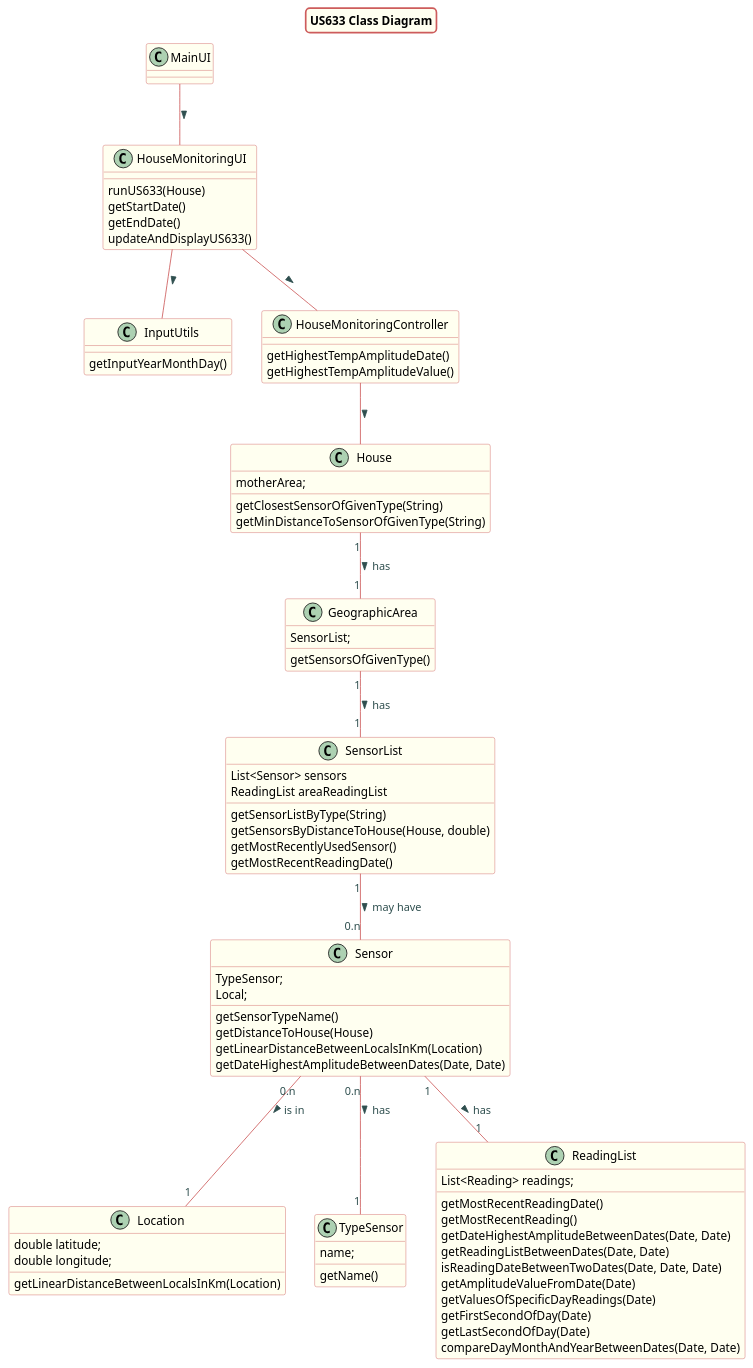
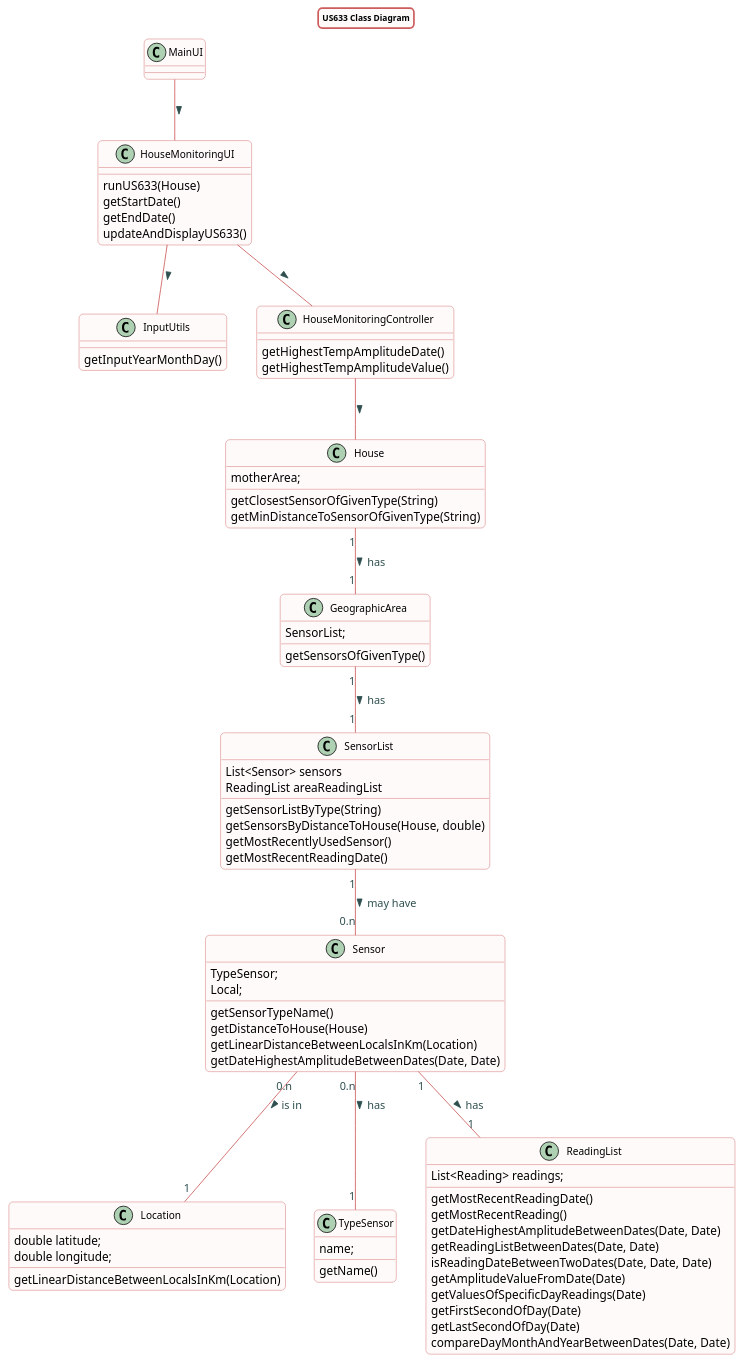
Before and after one commit to Almadanmp/project: the diagram in src/doc/WEB_Controllers/HouseMonitoring/US633/US633_cd_HouseMonitoring.puml, drawn with PlantUML. The commit also changed 13 other files, not shown here.

Commit message:
REF#348 REF#349 class diagrams + sequence diagrams: US010 + US007 Styling changes to diagrams from spring08 (web controllers)

```diff
--- a/src/doc/WEB_Controllers/HouseMonitoring/US633/US633_cd_HouseMonitoring.puml
+++ b/src/doc/WEB_Controllers/HouseMonitoring/US633/US633_cd_HouseMonitoring.puml
@@ -1,114 +1,118 @@
 @startuml
 title US633 Class Diagram
 
 skinparam titleBorderRoundCorner 10
 skinparam titleBorderThickness 2
 skinparam titleBorderColor indianred
-skinparam titleBackgroundColor ivory
-skinparam FontName verdana
+skinparam titleBackgroundColor Snow
+skinparam FontName quicksand
+skinparam titleFontSize 10
+skinparam roundcorner 10
+
 
 skinparam class {
- 	BorderColor indianred
- 	BackgroundColor indianred
- 	BackgroundColor ivory
-    roundcorner 10
-    ArrowFontName Verdana
-    ArrowColor indianred
-    ArrowFontColor darkslategrey
- }
+  BorderColor indianred
+  BackgroundColor indianred
+  BackgroundColor Snow
+   roundcorner 10
+   ArrowFontName Verdana
+   ArrowColor indianred
+   ArrowFontColor darkslategrey
+   FontSize 12
+}
 
 class House
 MainUI -- HouseMonitoringUI : >
 HouseMonitoringUI -- InputUtils : >
 HouseMonitoringUI -- HouseMonitoringController : >
 HouseMonitoringController -- House : >
 House "1" -- "1" GeographicArea : has >
 GeographicArea "1" -- "1" SensorList : has >
 SensorList"1" -- "0.n" Sensor : may have >
 Sensor "0.n" -- "1" Location: is in >
 Sensor "0.n" -- "1" TypeSensor: has >
 Sensor "1" -- "1" ReadingList: has >
 
 
 class HouseMonitoringUI {
 runUS633(House)
 getStartDate()
 getEndDate()
 updateAndDisplayUS633()
 }
 
 class InputUtils{
 getInputYearMonthDay()
 }
 
 class HouseMonitoringController {
 getHighestTempAmplitudeDate()
 getHighestTempAmplitudeValue()
 }
 
 class House{
 motherArea;
 
 getClosestSensorOfGivenType(String)
 getMinDistanceToSensorOfGivenType(String)
 }
 
 class GeographicArea{
 SensorList;
 
 getSensorsOfGivenType()
 }
 
 class SensorList{
 List<Sensor> sensors
 ReadingList areaReadingList
 
 getSensorListByType(String)
 getSensorsByDistanceToHouse(House, double)
 getMostRecentlyUsedSensor()
 getMostRecentReadingDate()
 }
 
 class Sensor{
 TypeSensor;
 Local;
 
 getSensorTypeName()
 getDistanceToHouse(House)
 getLinearDistanceBetweenLocalsInKm(Location)
 getDateHighestAmplitudeBetweenDates(Date, Date)
 }
 
 class TypeSensor{
 name;
 
 getName()
 }
 
 
 
 class Location{
 double latitude;
 double longitude;
 
 getLinearDistanceBetweenLocalsInKm(Location)
 }
 
 class ReadingList{
 List<Reading> readings;
 
 getMostRecentReadingDate()
 getMostRecentReading()
 getDateHighestAmplitudeBetweenDates(Date, Date)
 getReadingListBetweenDates(Date, Date)
 isReadingDateBetweenTwoDates(Date, Date, Date)
 getAmplitudeValueFromDate(Date)
 getValuesOfSpecificDayReadings(Date)
 getFirstSecondOfDay(Date)
 getLastSecondOfDay(Date)
 compareDayMonthAndYearBetweenDates(Date, Date)
 
 
 }
 
 @enduml
```
